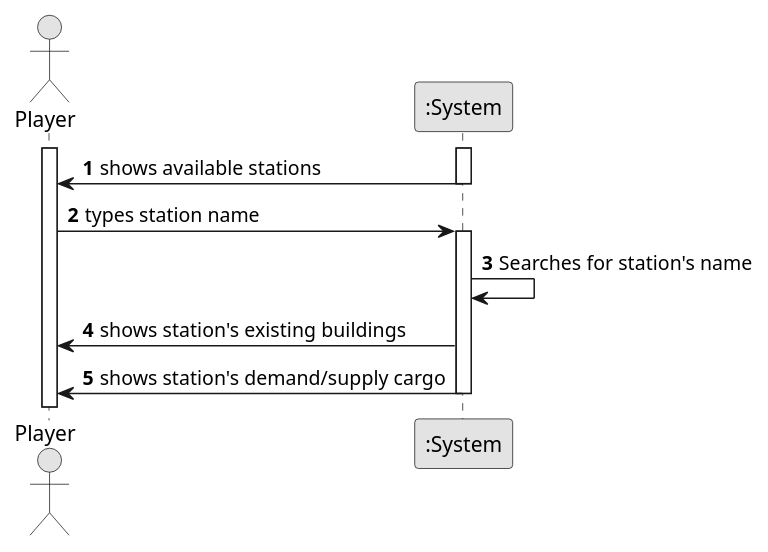
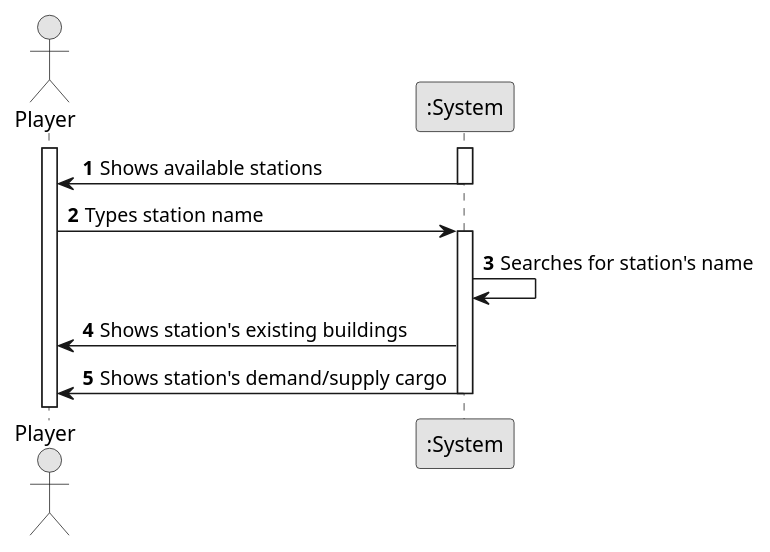
The diagram in docs/system-documentation/Sprint 1/US07/01.requirements-engineering/puml/US007-SSD.puml (HenriqueSilva18/Railway-Network-Simulator), drawn with PlantUML before and after one commit. The commit also changed 8 other files, not shown here.

Commit message:
US03 - Excluding validation from SSDs Diagrams & Updating DM excerts to match ESOFT model #3 #7 #29 #30 #49 #50

```diff
--- a/docs/system-documentation/Sprint 1/US07/01.requirements-engineering/puml/US007-SSD.puml
+++ b/docs/system-documentation/Sprint 1/US07/01.requirements-engineering/puml/US007-SSD.puml
@@ -1,28 +1,28 @@
 @startuml
 skinparam monochrome true
 skinparam packageStyle rectangle
 skinparam shadowing false
 
 autonumber
 
 actor "Player" as Player
 participant ":System" as System
 
 activate Player
 activate System
 
-    System -> Player : shows available stations
+    System -> Player : Shows available stations
     deactivate System
 
-    Player -> System : types station name
+    Player -> System : Types station name
     activate System
     System -> System : Searches for station's name
-    System -> Player : shows station's existing buildings
-    System -> Player : shows station's demand/supply cargo
+    System -> Player : Shows station's existing buildings
+    System -> Player : Shows station's demand/supply cargo
     deactivate System
 
 
     deactivate System
 
 
 @enduml
```
